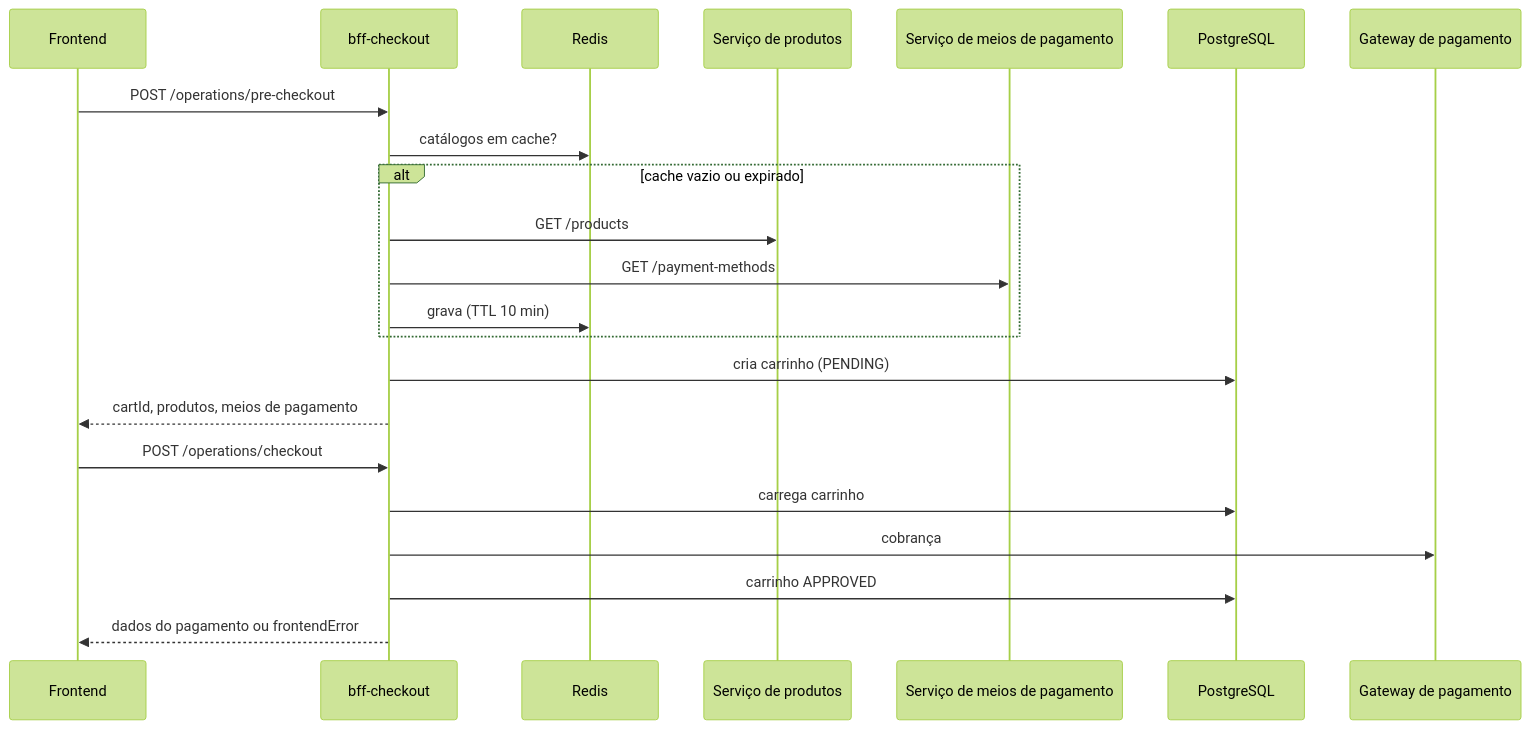
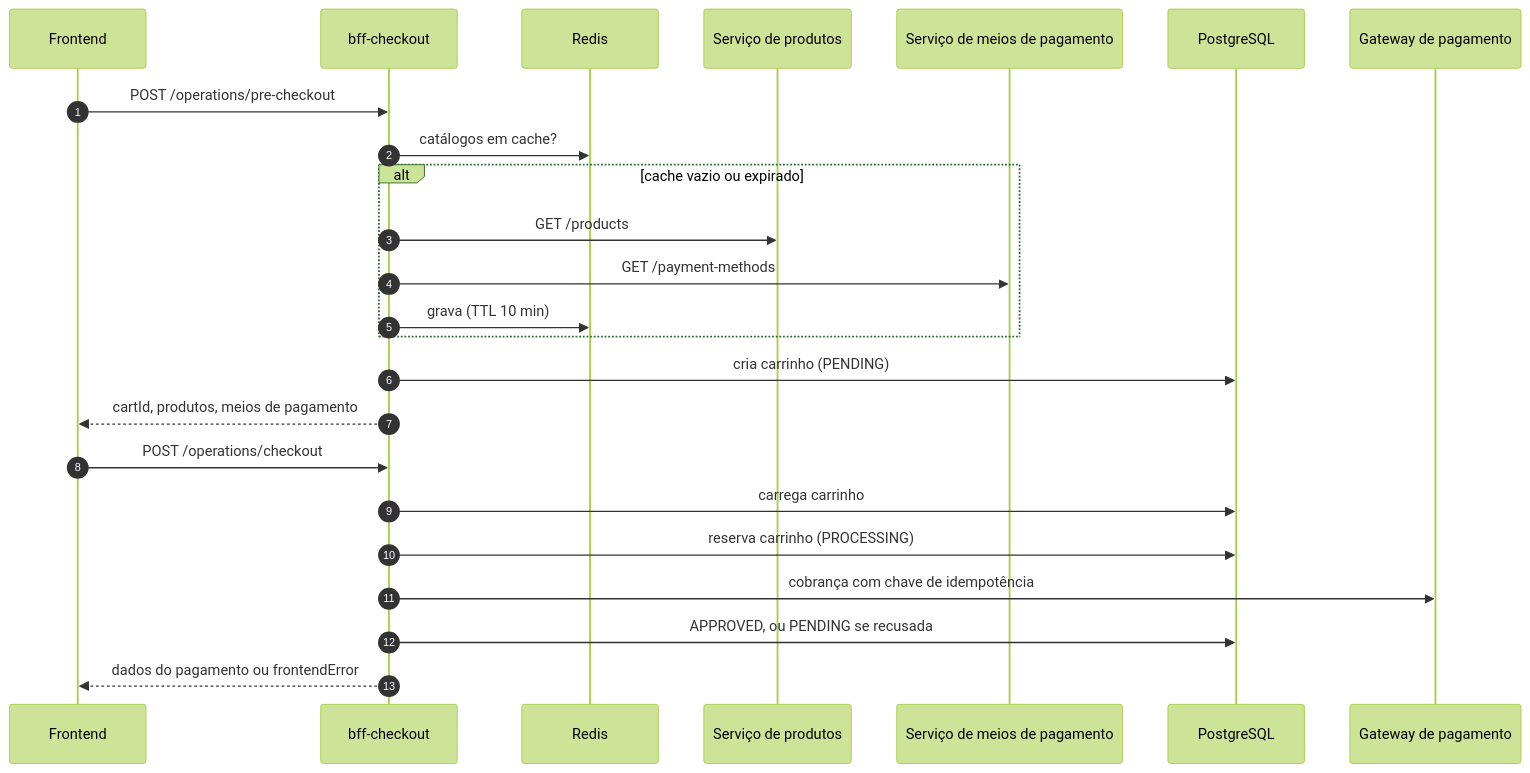
One commit to larissafalcao/bff-checkout changed the first of 2 diagrams in README.md. Above: the diagram before and after it, drawn with Mermaid (forest theme).

Commit message:
docs: update sequence diagram in README to reflect checkout process changes

````diff
--- a/README.md
+++ b/README.md
@@ -28,26 +28,28 @@
 ```mermaid
 sequenceDiagram
+    autonumber
     participant FE as Frontend
     participant BFF as bff-checkout
     participant R as Redis
     participant P as Serviço de produtos
     participant M as Serviço de meios de pagamento
     participant DB as PostgreSQL
     participant G as Gateway de pagamento
 
     FE->>BFF: POST /operations/pre-checkout
     BFF->>R: catálogos em cache?
     alt cache vazio ou expirado
         BFF->>P: GET /products
         BFF->>M: GET /payment-methods
         BFF->>R: grava (TTL 10 min)
     end
     BFF->>DB: cria carrinho (PENDING)
     BFF-->>FE: cartId, produtos, meios de pagamento
 
     FE->>BFF: POST /operations/checkout
     BFF->>DB: carrega carrinho
-    BFF->>G: cobrança
-    BFF->>DB: carrinho APPROVED
+    BFF->>DB: reserva carrinho (PROCESSING)
+    BFF->>G: cobrança com chave de idempotência
+    BFF->>DB: APPROVED, ou PENDING se recusada
     BFF-->>FE: dados do pagamento ou frontendError
 ```
````
